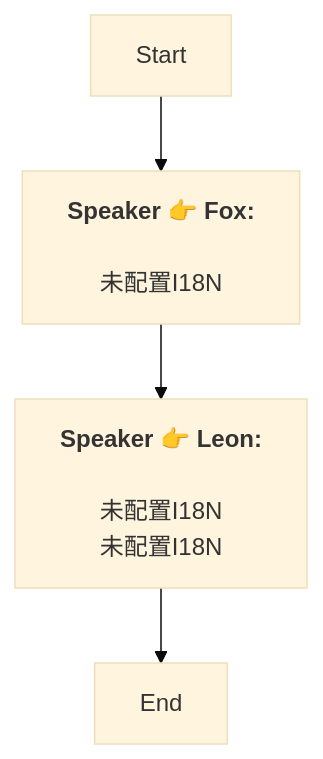
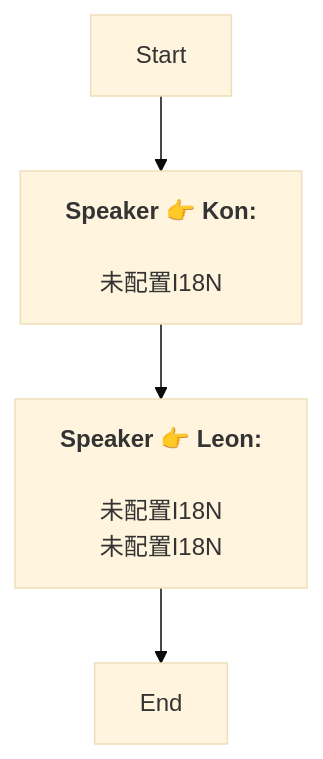
One commit to SoftHu/tos_avg changed the diagram in Zh/QuestStartTalkENode_1774112707107171.md. Above: the diagram before and after it, drawn with Mermaid (base theme). The commit also changed 730 other files, not shown here.

````diff
--- a/Zh/QuestStartTalkENode_1774112707107171.md
+++ b/Zh/QuestStartTalkENode_1774112707107171.md
@@ -1,9 +1,9 @@
 ```mermaid
 graph
-Start -->1775606904812915[<b>Speaker 👉 Fox:</b>
+Start -->1775606904812915[<b>Speaker 👉 Kon:</b>
 \n未配置I18N]
 1775606904812915 -->1775606925873526[<b>Speaker 👉 Leon:</b>
 \n未配置I18N\n未配置I18N]
 1775606925873526 -->1774112779657580[End]
 
 ```
````
